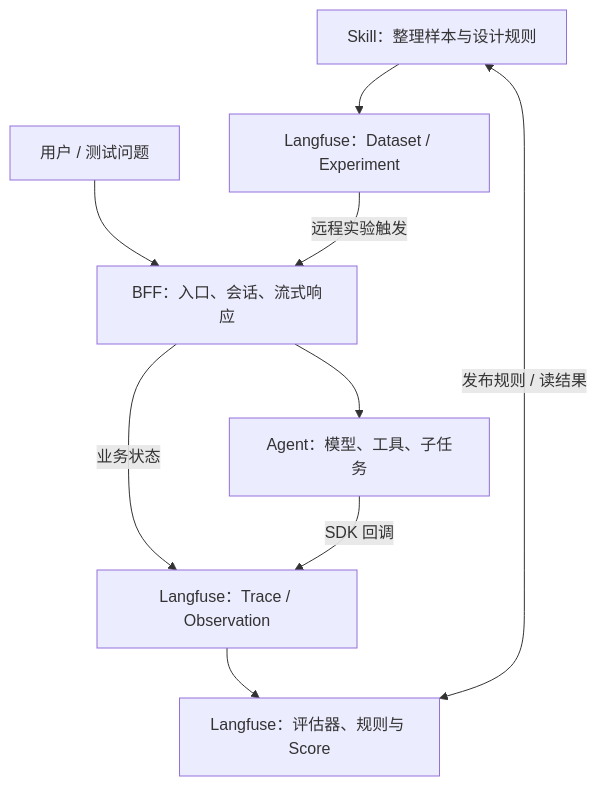
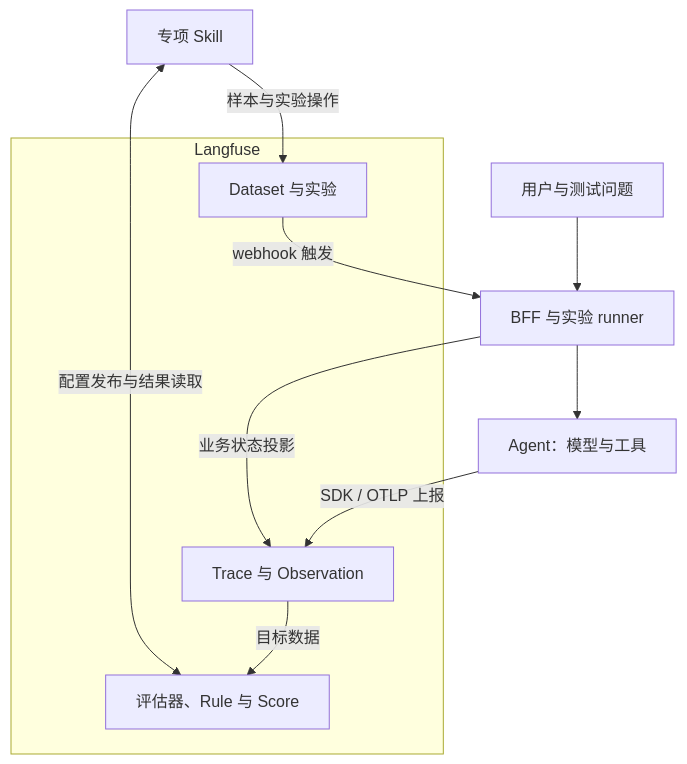
Before and after one commit to 99Like-wjj/agent-evaluation-with-langfuse: the diagram in diagrams/01-system-architecture.mmd, drawn with Mermaid. The commit also changed 35 other files, not shown here.

Commit message:
Clarify Agent integration, evaluation inputs, and Skill workflow

```diff
--- a/diagrams/01-system-architecture.mmd
+++ b/diagrams/01-system-architecture.mmd
@@ -1,9 +1,14 @@
 flowchart TB
-  U[用户 / 测试问题] --> B[BFF：入口、会话、流式响应]
-  B --> A[Agent：模型、工具、子任务]
-  B -->|业务状态| T[Langfuse：Trace / Observation]
-  A -->|SDK 回调| T
-  D[Langfuse：Dataset / Experiment] -->|远程实验触发| B
-  T --> E[Langfuse：评估器、规则与 Score]
-  S[Skill：整理样本与设计规则] --> D
-  S <-->|发布规则 / 读结果| E
+  U[用户与测试问题] --> B[BFF 与实验 runner]
+  B --> A[Agent：模型与工具]
+  subgraph LF[Langfuse]
+    D[Dataset 与实验]
+    T[Trace 与 Observation]
+    E[评估器、Rule 与 Score]
+    T -->|目标数据| E
+  end
+  D -->|webhook 触发| B
+  B -->|业务状态投影| T
+  A -->|SDK / OTLP 上报| T
+  S[专项 Skill] -->|样本与实验操作| D
+  S <-->|配置发布与结果读取| E
```
